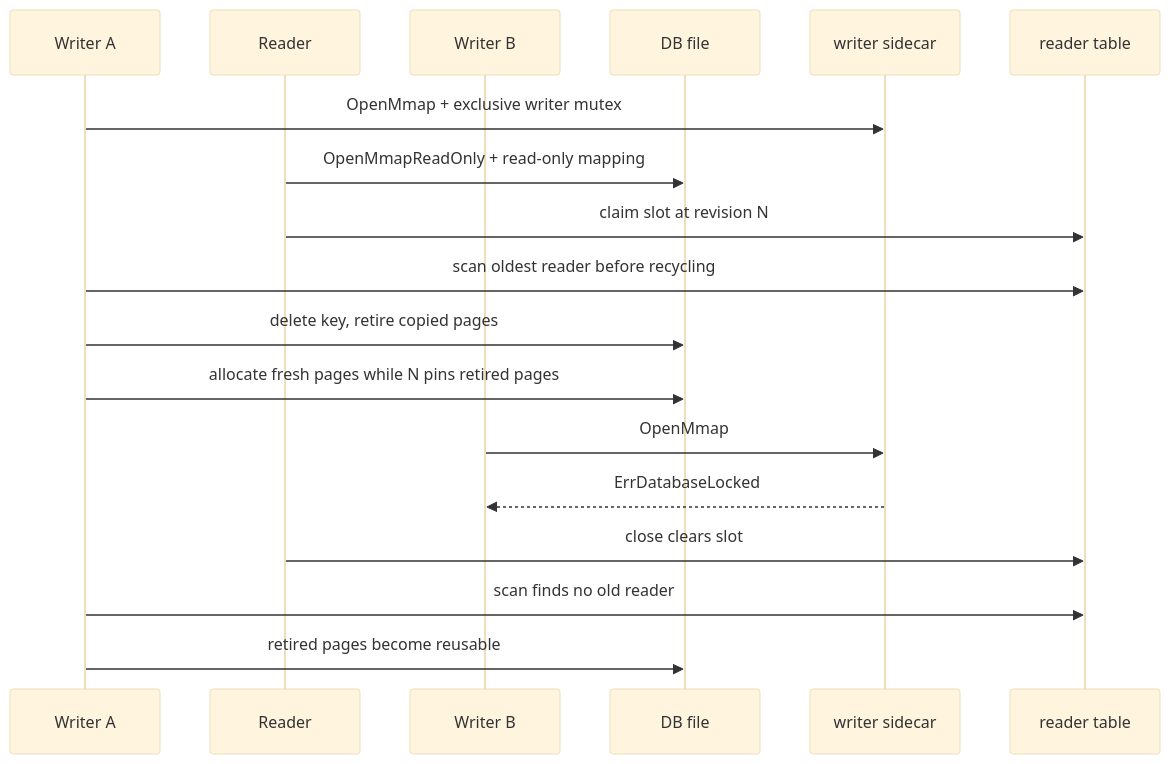
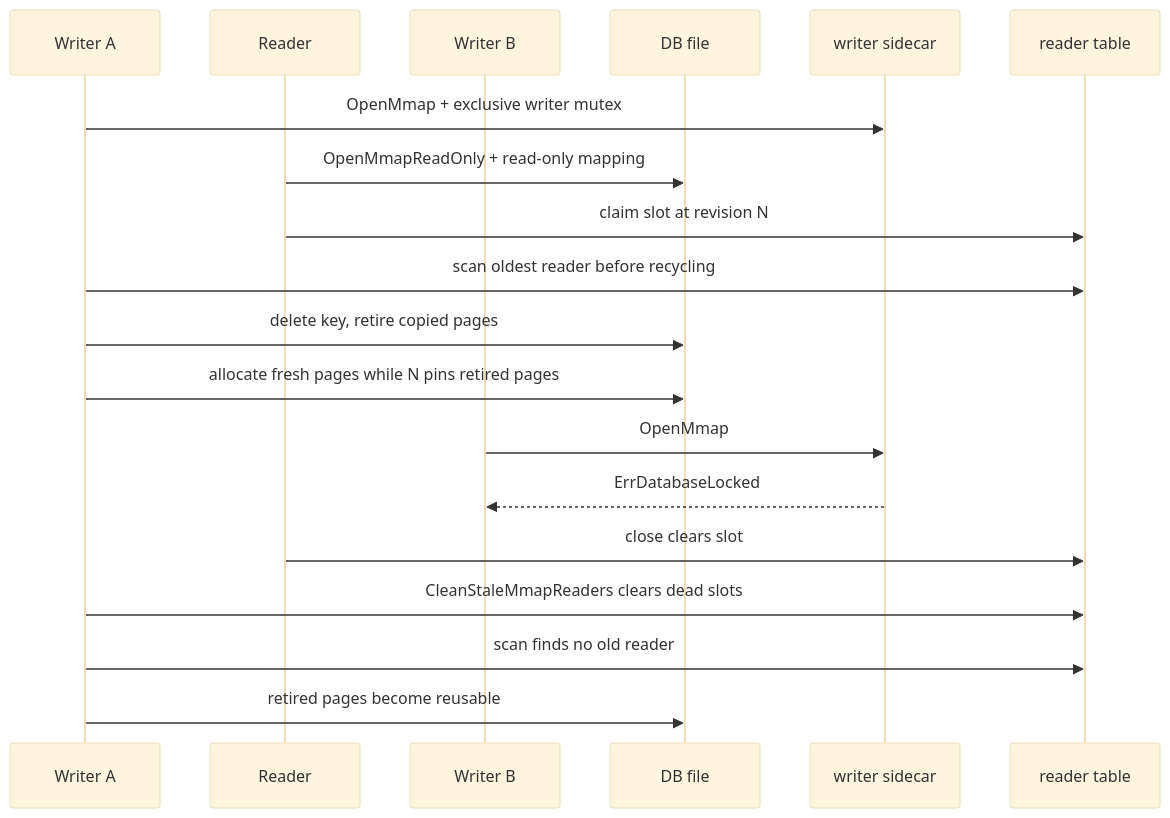
One commit to hadamrd/cow-btree-course changed the fourth of 4 diagrams in docs/08-mmap-backed-pages.md. Above: the diagram before and after it, drawn with Mermaid (base theme). The commit also changed other lines of this file and 9 other files, not shown here.

````diff
--- a/docs/08-mmap-backed-pages.md
+++ b/docs/08-mmap-backed-pages.md
@@ -173,20 +175,21 @@
 ```mermaid
 sequenceDiagram
     participant A as Writer A
     participant R as Reader
     participant B as Writer B
     participant F as DB file
     participant L as writer sidecar
     participant T as reader table
     A->>L: OpenMmap + exclusive writer mutex
     R->>F: OpenMmapReadOnly + read-only mapping
     R->>T: claim slot at revision N
     A->>T: scan oldest reader before recycling
     A->>F: delete key, retire copied pages
     A->>F: allocate fresh pages while N pins retired pages
     B->>L: OpenMmap
     L-->>B: ErrDatabaseLocked
     R->>T: close clears slot
+    A->>T: CleanStaleMmapReaders clears dead slots
     A->>T: scan finds no old reader
     A->>F: retired pages become reusable
 ```
````
